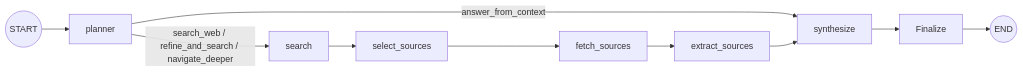
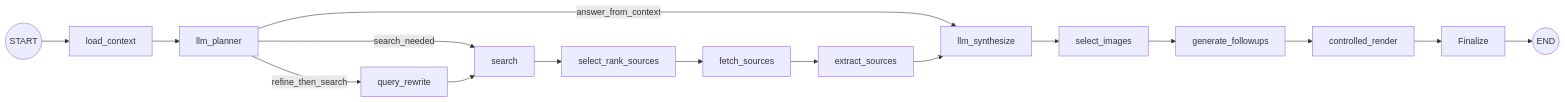
The third of 3 diagrams in docs/design.md (kunalchaturvedi/agentic-browser), drawn with Mermaid before and after one commit. The commit also changed other lines of this file and 14 other files, not shown here.

````diff
--- a/docs/design.md
+++ b/docs/design.md
@@ -129,12 +142,21 @@
 ```mermaid
 flowchart LR
-    Start((START)) --> PlannerNode[planner]
-    PlannerNode -->|answer_from_context| SynthesizeNode[synthesize]
-    PlannerNode -->|search_web / refine_and_search / navigate_deeper| SearchNode[search]
-    SearchNode --> SelectSources[select_sources]
+    Start((START)) --> ContextNode[load_context]
+    ContextNode --> PlannerNode[llm_planner]
+
+    PlannerNode -->|answer_from_context| SynthesizeNode[llm_synthesize]
+    PlannerNode -->|search_needed| SearchNode[search]
+    PlannerNode -->|refine_then_search| RewriteNode[query_rewrite]
+
+    RewriteNode --> SearchNode
+    SearchNode --> SelectSources[select_rank_sources]
     SelectSources --> FetchSources[fetch_sources]
     FetchSources --> ExtractSources[extract_sources]
     ExtractSources --> SynthesizeNode
-    SynthesizeNode --> Finalize
+
+    SynthesizeNode --> ImageNode[select_images]
+    ImageNode --> FollowupsNode[generate_followups]
+    FollowupsNode --> RenderNode[controlled_render]
+    RenderNode --> Finalize
     Finalize --> End((END))
 ```
````
